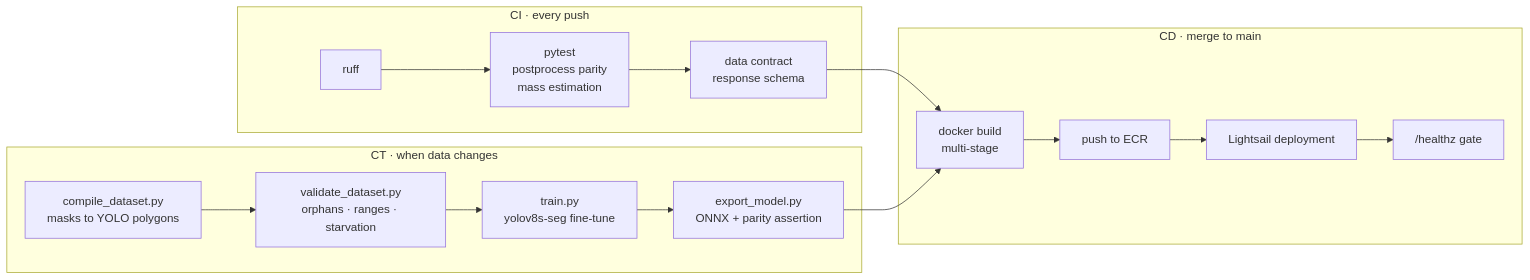
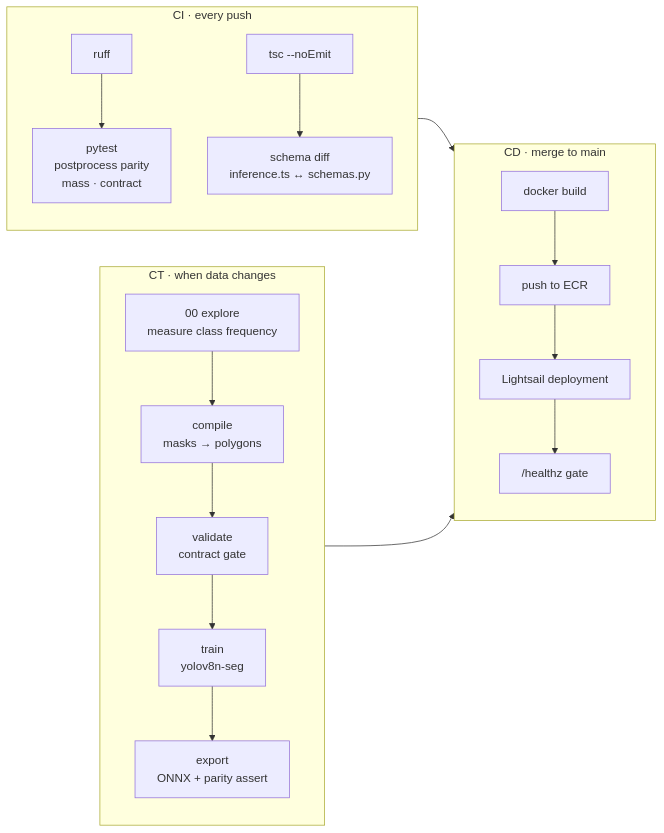
Before and after one commit to Zen-Daitsu/Nutrivision: the second of 9 diagrams in README.md, drawn with Mermaid. The commit also changed other lines of this file, not shown here.

````diff
--- a/README.md
+++ b/README.md
@@ -86,28 +134,26 @@
 ```mermaid
 flowchart LR
     subgraph CI["CI · every push"]
-        lint["ruff"]
-        unit["pytest<br/>postprocess parity<br/>mass estimation"]
-        contract["data contract<br/>response schema"]
+        direction TB
+        ruff["ruff"] --> pytest["pytest<br/>postprocess parity<br/>mass · contract"]
+        tsc["tsc --noEmit"] --> diff["schema diff<br/>inference.ts ↔ schemas.py"]
     end
 
     subgraph CT["CT · when data changes"]
-        compile["compile_dataset.py<br/>masks to YOLO polygons"]
-        validate["validate_dataset.py<br/>orphans · ranges · starvation"]
-        train["train.py<br/>yolov8s-seg fine-tune"]
-        export["export_model.py<br/>ONNX + parity assertion"]
+        direction TB
+        explore["00 explore<br/>measure class frequency"] --> compile["compile<br/>masks → polygons"]
+        compile --> validate["validate<br/>contract gate"]
+        validate --> train["train<br/>yolov8n-seg"]
+        train --> export["export<br/>ONNX + parity assert"]
     end
 
     subgraph CD["CD · merge to main"]
-        build["docker build<br/>multi-stage"]
-        push["push to ECR"]
-        deploy["Lightsail deployment"]
-        health["/healthz gate"]
+        direction TB
+        build["docker build"] --> push["push to ECR"]
+        push --> roll["Lightsail deployment"]
+        roll --> health["/healthz gate"]
     end
 
-    lint --> unit --> contract
-    contract --> build
-    compile --> validate --> train --> export
-    export --> build
-    build --> push --> deploy --> health
+    CI --> CD
+    CT --> CD
 ```
````
